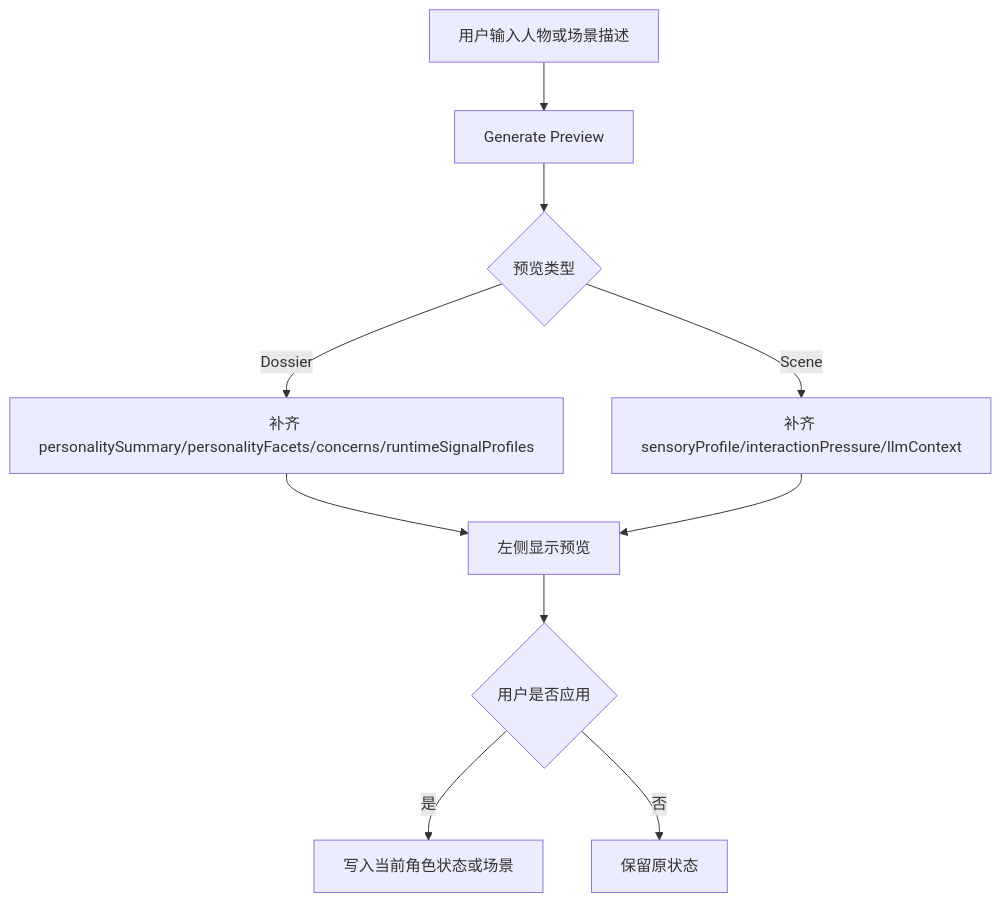
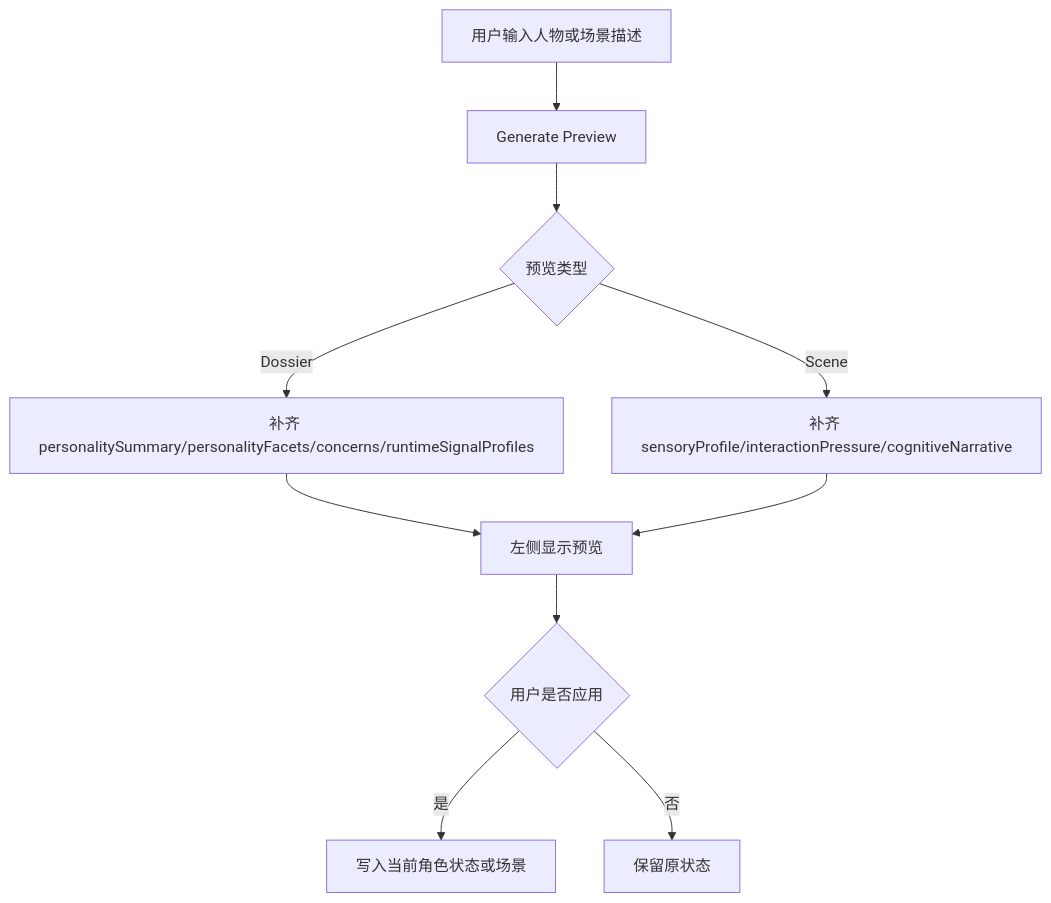
The fourth of 5 diagrams in docs/SYSTEM_FLOW.md (ttmanthatman/virtual-human-flow), drawn with Mermaid before and after one commit. The commit also changed other lines of this file and 9 other files, not shown here.

````diff
--- a/docs/SYSTEM_FLOW.md
+++ b/docs/SYSTEM_FLOW.md
@@ -72,12 +74,12 @@
 ```mermaid
 flowchart TD
     A[用户输入人物或场景描述] --> B[Generate Preview]
     B --> C{预览类型}
     C -- Dossier --> D[补齐 personalitySummary/personalityFacets/concerns/runtimeSignalProfiles]
-    C -- Scene --> E[补齐 sensoryProfile/interactionPressure/llmContext]
+    C -- Scene --> E[补齐 sensoryProfile/interactionPressure/cognitiveNarrative]
     D --> F[左侧显示预览]
     E --> F
     F --> G{用户是否应用}
     G -- 是 --> H[写入当前角色状态或场景]
     G -- 否 --> I[保留原状态]
 ```
````
